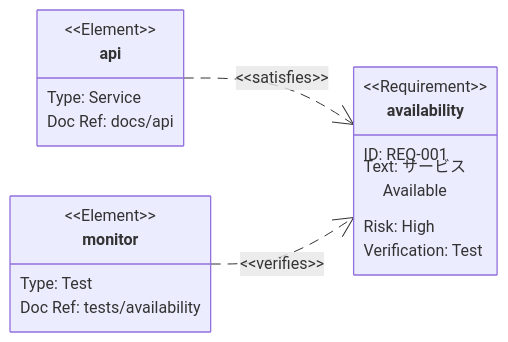
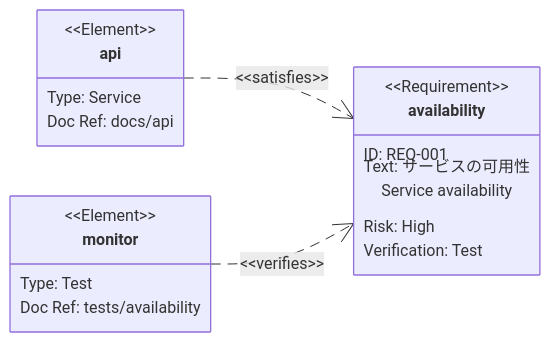
Before and after one commit to runceel/MarkdStage: the sixth of 8 diagrams in docs/examples/mermaid-support.md, drawn with Mermaid. The commit also changed other lines of this file, not shown here.

Commit message:
docs: clarify requirement example text
Replace the ambiguous bilingual availability text and restore the unrelated flowchart example label.

Copilot-Session: 49f66a03-bd0c-4f42-ba50-f044024f4417

````diff
--- a/docs/examples/mermaid-support.md
+++ b/docs/examples/mermaid-support.md
@@ -137,20 +137,20 @@
 ```mermaid
 requirementDiagram
 direction LR
 requirement availability {
   id: "REQ-001"
-  text: "サービス<br/>Available"
+  text: "サービスの可用性<br/>Service availability"
   risk: high
   verifymethod: test
 }
 element api {
   type: "Service"
   docRef: "docs/api"
 }
 element monitor {
   type: "Test"
   docref: "tests/availability"
 }
 api - satisfies -> availability
 monitor - verifies -> availability
 ```
````
